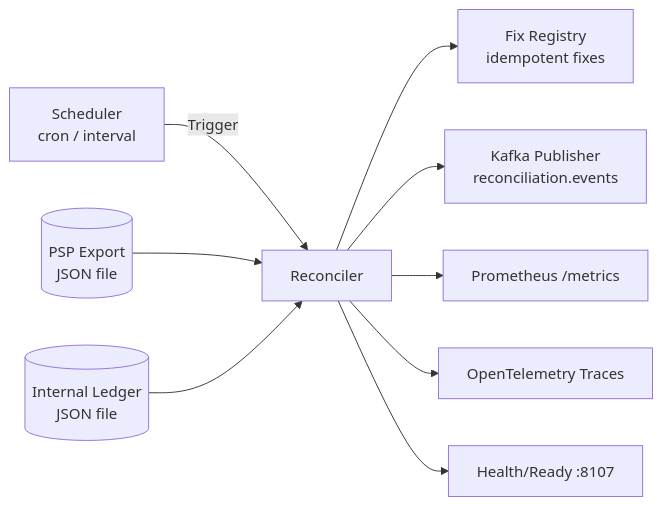
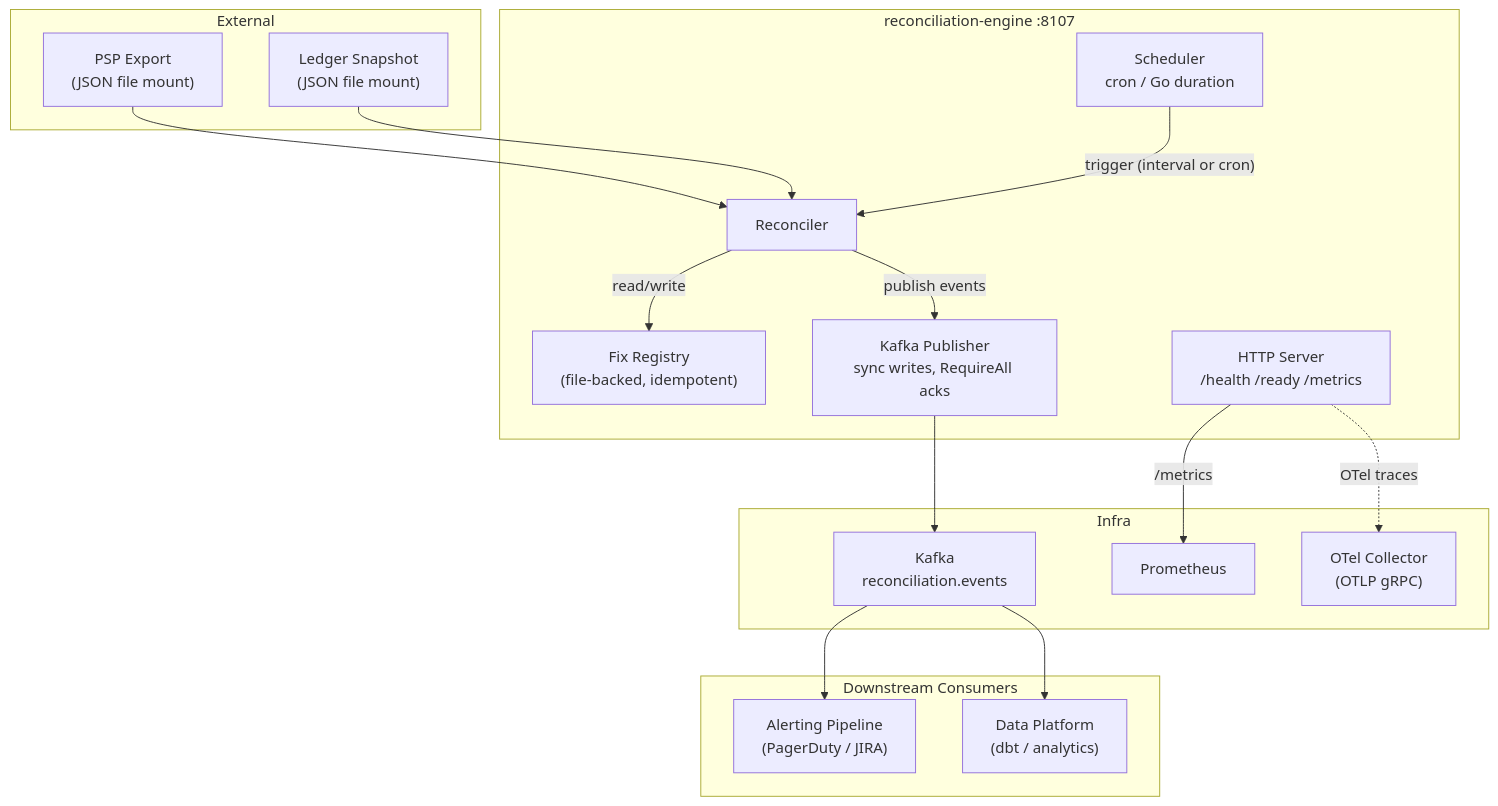
Before and after one commit to sunitakeazycommerz-a11y/InstaCommerce: the first of 5 diagrams in services/reconciliation-engine/README.md, drawn with Mermaid. The commit also changed other lines of this file and 554 other files, not shown here.

````diff
--- a/services/reconciliation-engine/README.md
+++ b/services/reconciliation-engine/README.md
@@ -9,11 +51,37 @@
 ```mermaid
-graph LR
-    SCHED[Scheduler<br/>cron / interval] -->|Trigger| REC[Reconciler]
-    PSP[(PSP Export<br/>JSON file)] --> REC
-    LED[(Internal Ledger<br/>JSON file)] --> REC
-    REC --> FIX[Fix Registry<br/>idempotent fixes]
-    REC --> KP[Kafka Publisher<br/>reconciliation.events]
-    REC --> PROM[Prometheus /metrics]
-    REC --> OTEL[OpenTelemetry Traces]
-    REC --> HTTP[Health/Ready :8107]
+graph TB
+    subgraph External
+        PSP_FILE["PSP Export<br/>(JSON file mount)"]
+        LEDGER_FILE["Ledger Snapshot<br/>(JSON file mount)"]
+    end
+
+    subgraph "reconciliation-engine :8107"
+        SCHED["Scheduler<br/>cron / Go duration"]
+        REC["Reconciler"]
+        FIX["Fix Registry<br/>(file-backed, idempotent)"]
+        PUB["Kafka Publisher<br/>sync writes, RequireAll acks"]
+        HTTP_SRV["HTTP Server<br/>/health /ready /metrics"]
+    end
+
+    subgraph Infra
+        KAFKA["Kafka<br/>reconciliation.events"]
+        PROM["Prometheus"]
+        OTEL_COL["OTel Collector<br/>(OTLP gRPC)"]
+    end
+
+    subgraph Downstream Consumers
+        ALERT["Alerting Pipeline<br/>(PagerDuty / JIRA)"]
+        DATA["Data Platform<br/>(dbt / analytics)"]
+    end
+
+    PSP_FILE --> REC
+    LEDGER_FILE --> REC
+    SCHED -->|"trigger (interval or cron)"| REC
+    REC -->|"read/write"| FIX
+    REC -->|"publish events"| PUB
+    PUB --> KAFKA
+    KAFKA --> ALERT
+    KAFKA --> DATA
+    HTTP_SRV -->|"/metrics"| PROM
+    HTTP_SRV -.->|"OTel traces"| OTEL_COL
 ```
````
